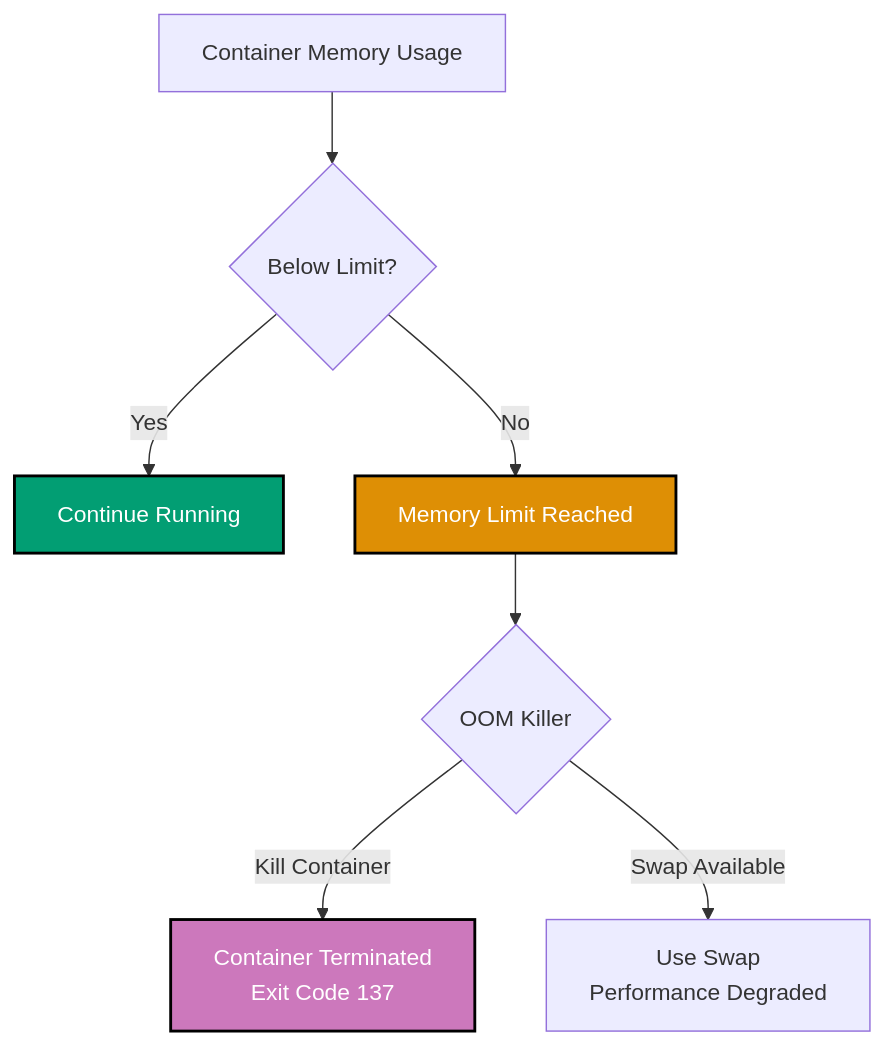
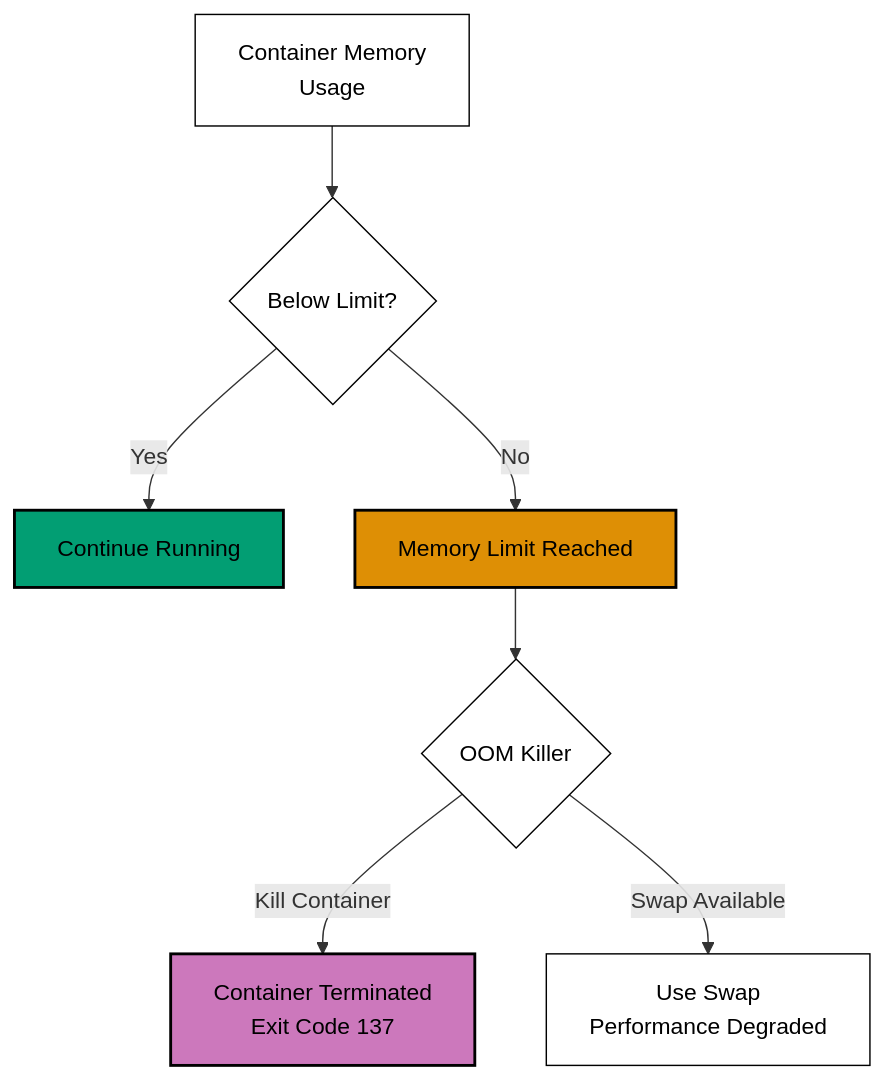
Before and after one commit to wahidyankf/ose-public: the eighth of 11 diagrams in apps/ayokoding-www/content/en/learn/legacy/software-engineering/infrastructure/tools/docker/by-example/intermediate.md, drawn with Mermaid. The commit also changed other lines of this file and 131 other files, not shown here.

First line of the commit message:
fix(mermaid): bring the legacy data, infrastructure, and testing diagrams onto the accessible palette

````diff
--- a/apps/ayokoding-www/content/en/learn/legacy/software-engineering/infrastructure/tools/docker/by-example/intermediate.md
+++ b/apps/ayokoding-www/content/en/learn/legacy/software-engineering/infrastructure/tools/docker/by-example/intermediate.md
@@ -1403,14 +1444,20 @@
 ```mermaid
 %% Color Palette: Blue #0173B2, Orange #DE8F05, Teal #029E73, Purple #CC78BC, Brown #CA9161
 graph TD
- A["Container Memory Usage"] --> B{Below Limit?}
+ accTitle: Example 36: Resource Limits - Memory
+ accDescr: Graph with 7 nodes and 6 connections. Nodes: Container Memory Usage, Below Limit?, Continue Running, Memory Limit Reached, OOM Killer, Container Terminated Exit Code 137, Use Swap Performance Degraded. Connections: Container Memory Usage to Below Limit?, Below Limit? to Continue Running (Yes), Below Limit? to Memory Limit Reached (No), Memory Limit Reached to OOM Killer, OOM Killer to Container Terminated Exit Code 137 (Kill Container), OOM Killer to Use Swap Performance Degraded (Swap Available).
+ A["Container Memory<br/>Usage"] --> B{Below Limit?}
  B -->|Yes| C["Continue Running"]
  B -->|No| D["Memory Limit Reached"]
  D --> E{OOM Killer}
  E -->|Kill Container| F["Container Terminated<br/>Exit Code 137"]
  E -->|Swap Available| G["Use Swap<br/>Performance Degraded"]
 
- style C fill:#029E73,stroke:#000000,stroke-width:2px,color:#fff
- style D fill:#DE8F05,stroke:#000000,stroke-width:2px,color:#fff
- style F fill:#CC78BC,stroke:#000000,stroke-width:2px,color:#fff
+ classDef pal-029E73 fill:#029E73,stroke:#000000,color:#000000,stroke-width:2px
+ class C pal-029E73
+ classDef pal-DE8F05 fill:#DE8F05,stroke:#000000,color:#000000,stroke-width:2px
+ class D pal-DE8F05
+ classDef pal-CC78BC fill:#CC78BC,stroke:#000000,color:#000000,stroke-width:2px
+ class F pal-CC78BC
+ classDef default fill:#FFFFFF,stroke:#000000,color:#000000
 ```
````
